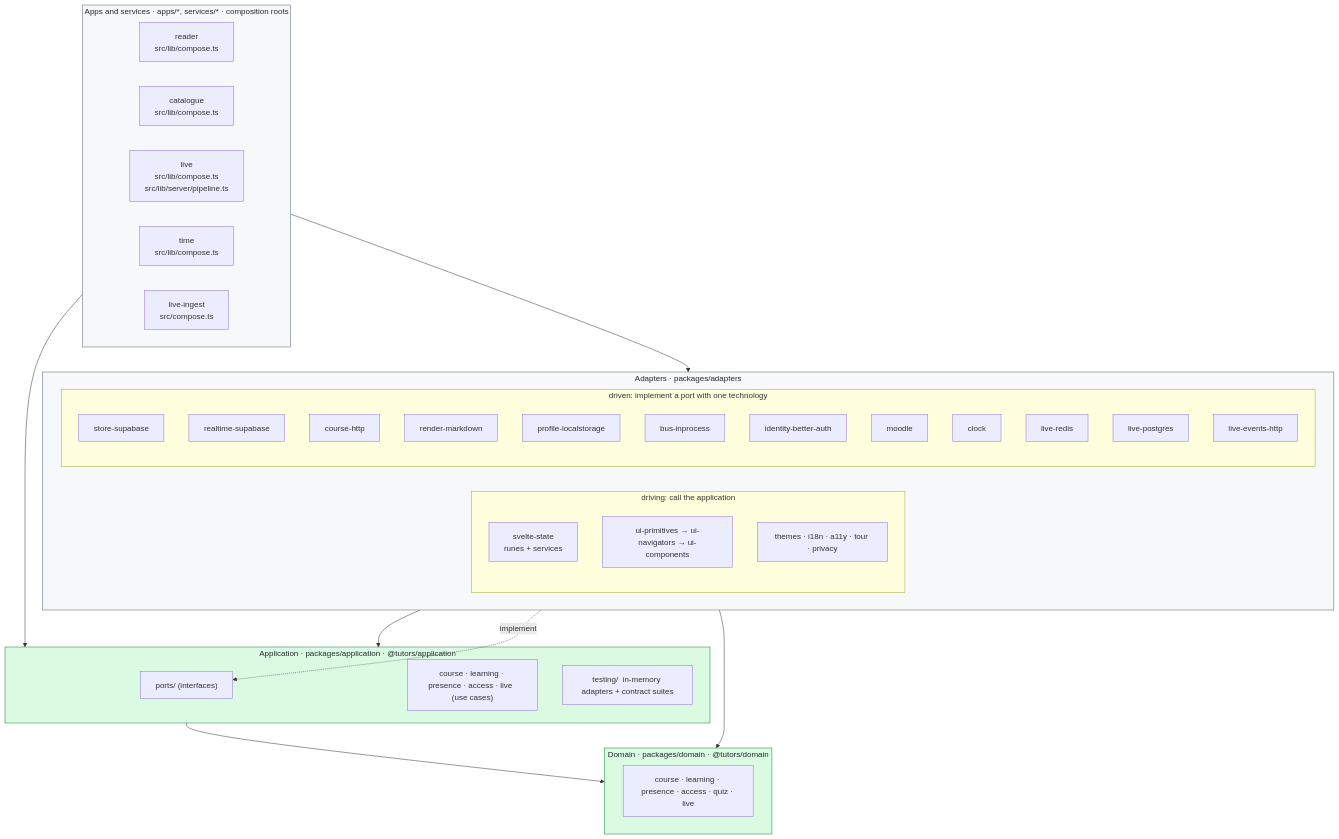
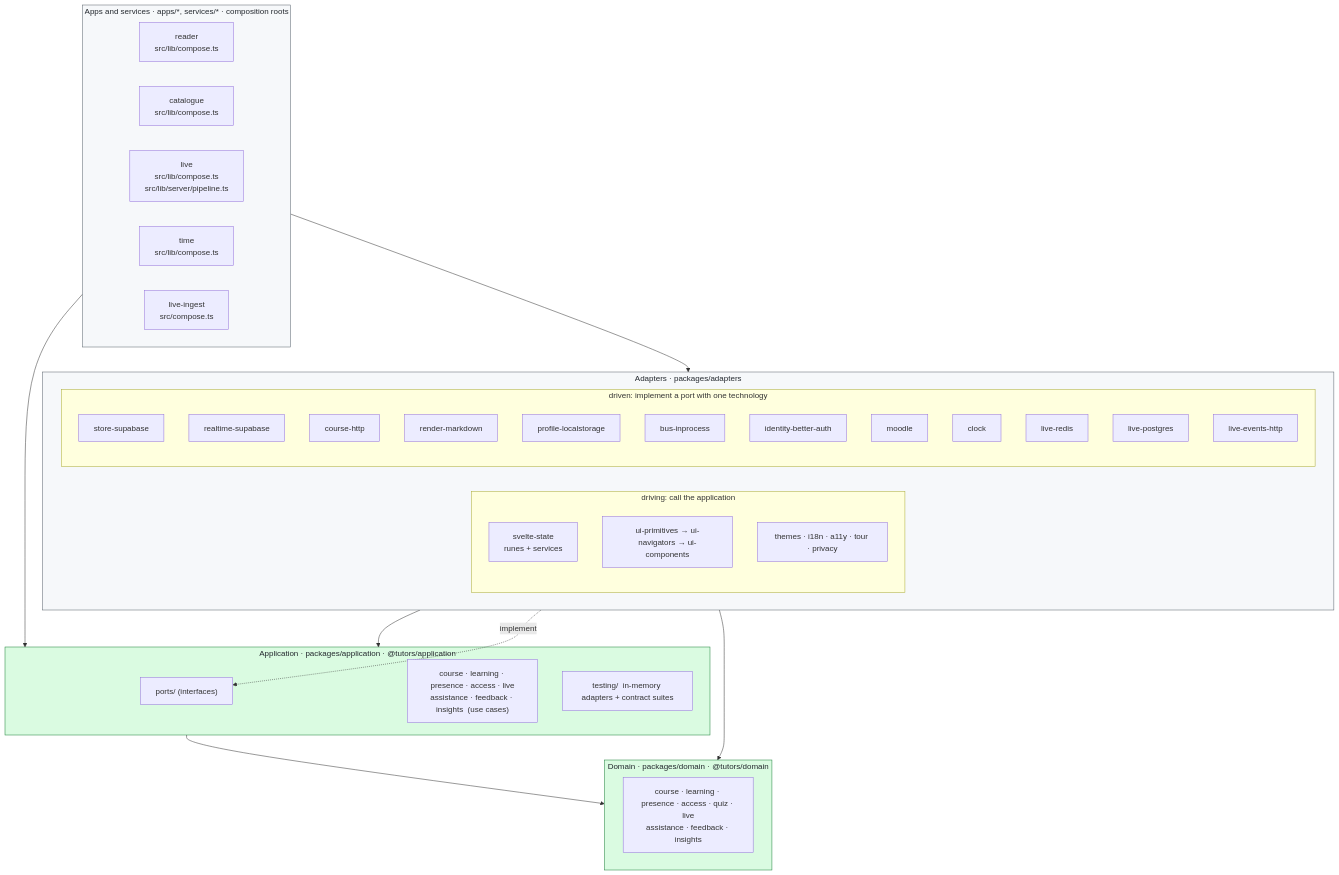
The third of 13 diagrams in ARCHITECTURE.md (lgriffin/tutors-mono-repo-1), drawn with Mermaid before and after one commit. The commit also changed other lines of this file and 53 other files, not shown here.

First line of the commit message:
feat(domain): learning, assistance, feedback and insights contexts and their ports

````diff
--- a/ARCHITECTURE.md
+++ b/ARCHITECTURE.md
@@ -124,56 +124,56 @@
 ```mermaid
 flowchart TB
   subgraph apps["Apps and services  ·  apps/*, services/*  ·  composition roots"]
     direction LR
     readerApp["reader<br/>src/lib/compose.ts"]
     catalogueApp["catalogue<br/>src/lib/compose.ts"]
     liveApp["live<br/>src/lib/compose.ts<br/>src/lib/server/pipeline.ts"]
     timeApp["time<br/>src/lib/compose.ts"]
     ingestService["live-ingest<br/>src/compose.ts"]
   end
 
   subgraph adapters["Adapters  ·  packages/adapters"]
     direction LR
     subgraph driving["driving: call the application"]
       svelteState["svelte-state<br/>runes + services"]
       ui["ui-primitives → ui-navigators → ui-components"]
       cross["themes · i18n · a11y · tour · privacy"]
     end
     subgraph driven["driven: implement a port with one technology"]
       storeSupabase["store-supabase"]
       realtimeSupabase["realtime-supabase"]
       courseHttp["course-http"]
       renderMarkdown["render-markdown"]
       profileLocal["profile-localstorage"]
       bus["bus-inprocess"]
       identity["identity-better-auth"]
       moodle["moodle"]
       clock["clock"]
       liveRedis["live-redis"]
       livePostgres["live-postgres"]
       liveHttp["live-events-http"]
     end
   end
 
   subgraph application["Application  ·  packages/application  ·  @tutors/application"]
     ports["ports/  (interfaces)"]
-    useCases["course · learning · presence · access · live  (use cases)"]
+    useCases["course · learning · presence · access · live<br/>assistance · feedback · insights  (use cases)"]
     testing["testing/  in-memory adapters + contract suites"]
   end
 
   subgraph domain["Domain  ·  packages/domain  ·  @tutors/domain"]
-    domainModules["course · learning · presence · access · quiz · live"]
+    domainModules["course · learning · presence · access · quiz · live<br/>assistance · feedback · insights"]
   end
 
   apps --> adapters
   apps --> application
   driving --> application
   driven -. implement .-> ports
   driven --> domain
   application --> domain
 
   classDef ring fill:#f6f8fa,stroke:#57606a,color:#24292f
   classDef core fill:#dafbe1,stroke:#1a7f37,color:#24292f
   class apps,adapters ring
   class application,domain core
 ```
````
